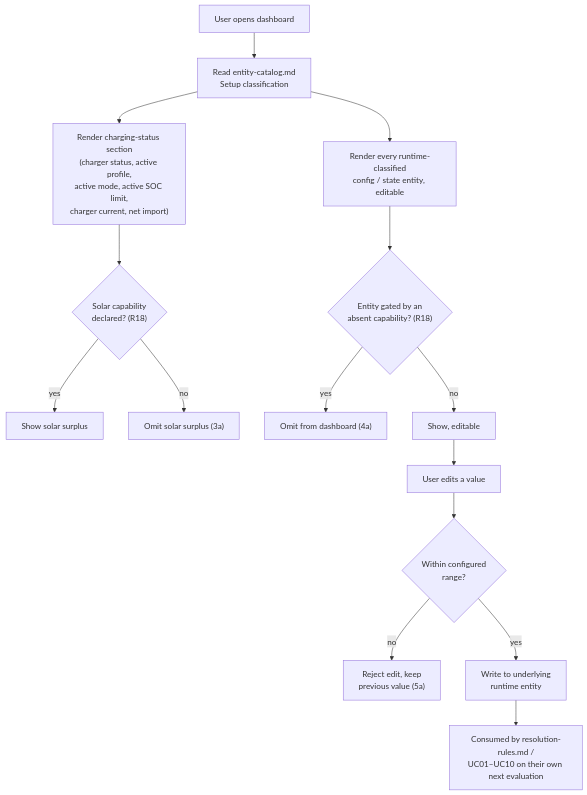
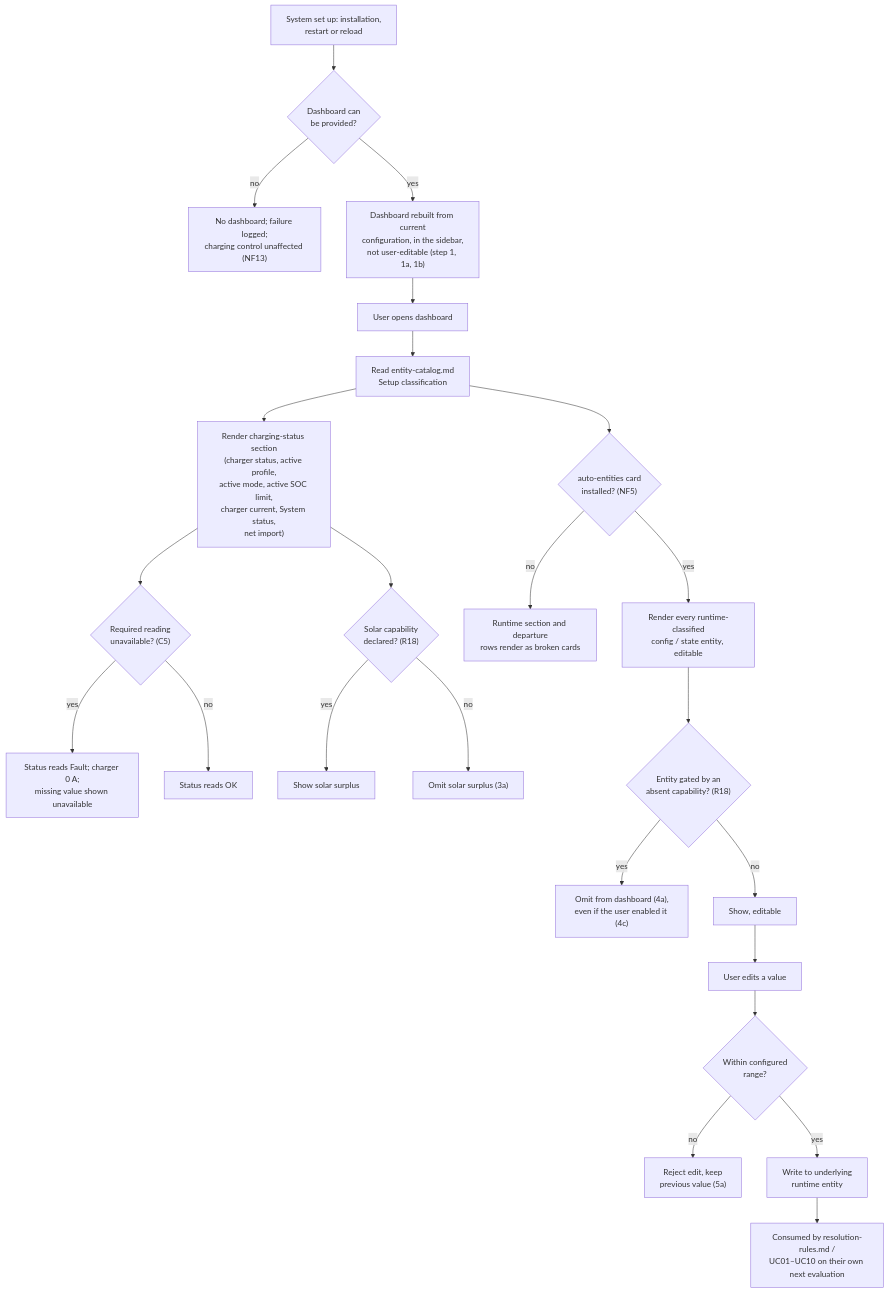
One commit to kristofdegrave/homeassistant-smart-charging changed the diagram in docs/analysis/use-cases/UC11-monitor-and-manage-charging-configuration.md. Above: the diagram before and after it, drawn with Mermaid. The commit also changed other lines of this file and 2 other files, not shown here.

First line of the commit message:
uc: UC11 self-provisioned dashboard, Fault status, auto-entities precondition, user entity choice

````diff
--- a/docs/analysis/use-cases/UC11-monitor-and-manage-charging-configuration.md
+++ b/docs/analysis/use-cases/UC11-monitor-and-manage-charging-configuration.md
@@ -141,17 +210,26 @@
 ```mermaid
 flowchart TD
-    Open["User opens dashboard"] --> Catalog["Read entity-catalog.md<br/>Setup classification"]
-    Catalog --> Status["Render charging-status section<br/>(charger status, active profile,<br/>active mode, active SOC limit,<br/>charger current, net import)"]
+    Setup["System set up: installation,<br/>restart or reload"] --> Build{"Dashboard can<br/>be provided?"}
+    Build -- no --> Absent["No dashboard; failure logged;<br/>charging control unaffected (NF13)"]
+    Build -- yes --> Provided["Dashboard rebuilt from current<br/>configuration, in the sidebar,<br/>not user-editable (step 1, 1a, 1b)"]
+    Provided --> Open["User opens dashboard"]
+    Open --> Catalog["Read entity-catalog.md<br/>Setup classification"]
+    Catalog --> Status["Render charging-status section<br/>(charger status, active profile,<br/>active mode, active SOC limit,<br/>charger current, System status,<br/>net import)"]
+    Status --> Fault{"Required reading<br/>unavailable? (C5)"}
+    Fault -- yes --> ShowFault["Status reads Fault; charger 0 A;<br/>missing value shown unavailable"]
+    Fault -- no --> ShowOk["Status reads OK"]
     Status --> SolarFilter{"Solar capability<br/>declared? (R18)"}
     SolarFilter -- yes --> Surplus["Show solar surplus"]
     SolarFilter -- no --> OmitSurplus["Omit solar surplus (3a)"]
-    Catalog --> Runtime["Render every runtime-classified<br/>config / state entity, editable"]
+    Catalog --> Card{"auto-entities card<br/>installed? (NF5)"}
+    Card -- no --> Broken["Runtime section and departure<br/>rows render as broken cards"]
+    Card -- yes --> Runtime["Render every runtime-classified<br/>config / state entity, editable"]
     Runtime --> Filter{"Entity gated by an<br/>absent capability? (R18)"}
-    Filter -- yes --> Omit["Omit from dashboard (4a)"]
+    Filter -- yes --> Omit["Omit from dashboard (4a),<br/>even if the user enabled it (4c)"]
     Filter -- no --> Show["Show, editable"]
     Show --> Edit["User edits a value"]
     Edit --> Validate{"Within configured<br/>range?"}
     Validate -- no --> Reject["Reject edit, keep<br/>previous value (5a)"]
     Validate -- yes --> Write["Write to underlying<br/>runtime entity"]
     Write --> Downstream["Consumed by resolution-rules.md /<br/>UC01–UC10 on their own next evaluation"]
 ```
````
